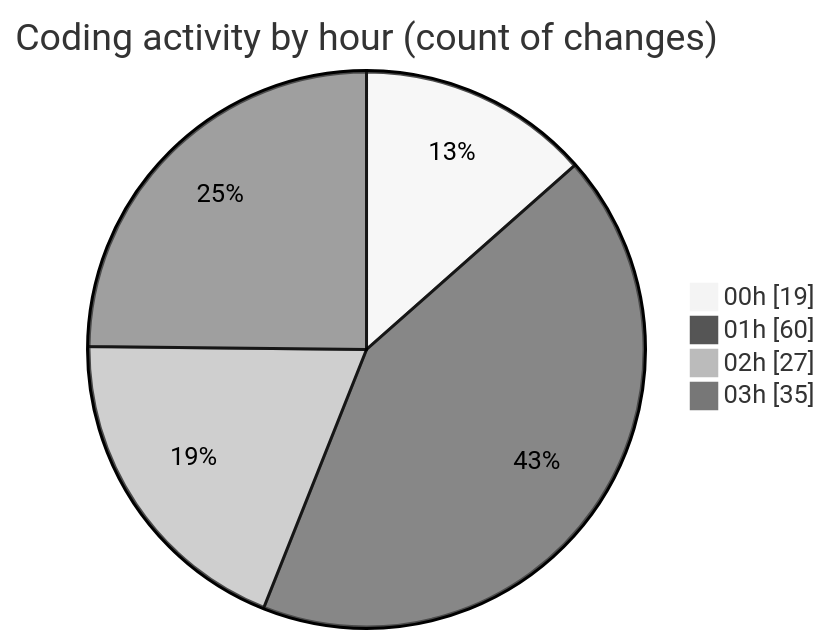
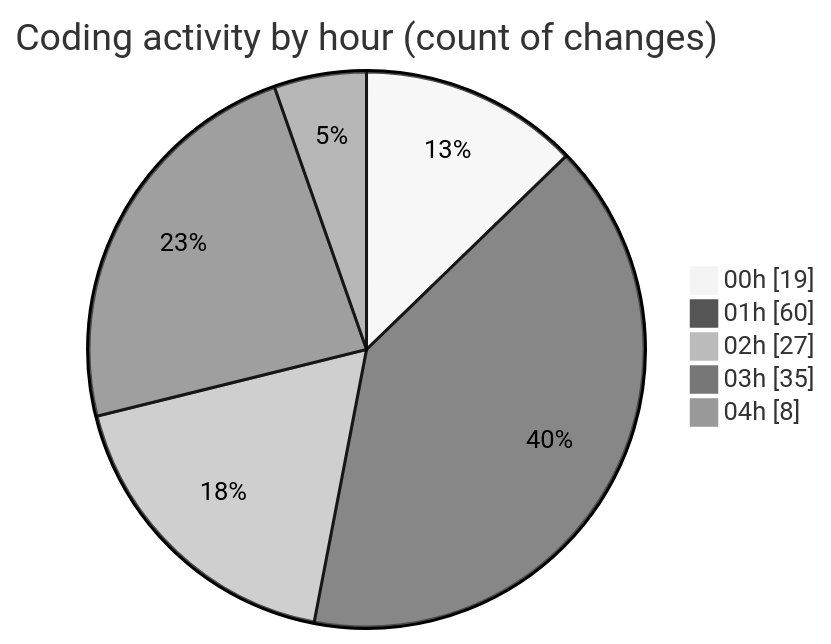
One commit to lephambinh05/code-tracking changed the second of 2 diagrams in 2025-07-25/quanlyrapchieuphim-1/README.md. Above: the diagram before and after it, drawn with Mermaid (neutral theme). The commit also changed other lines of this file and 1 other file, not shown here.

````diff
--- a/2025-07-25/quanlyrapchieuphim-1/README.md
+++ b/2025-07-25/quanlyrapchieuphim-1/README.md
@@ -35,8 +35,9 @@
 ```mermaid
 pie showData
 title Coding activity by hour (count of changes)
 "00h" : 19
 "01h" : 60
 "02h" : 27
 "03h" : 35
+"04h" : 8
 ```
````
